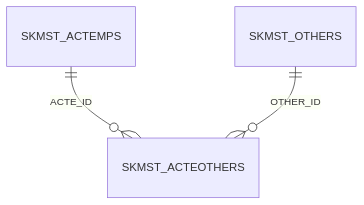
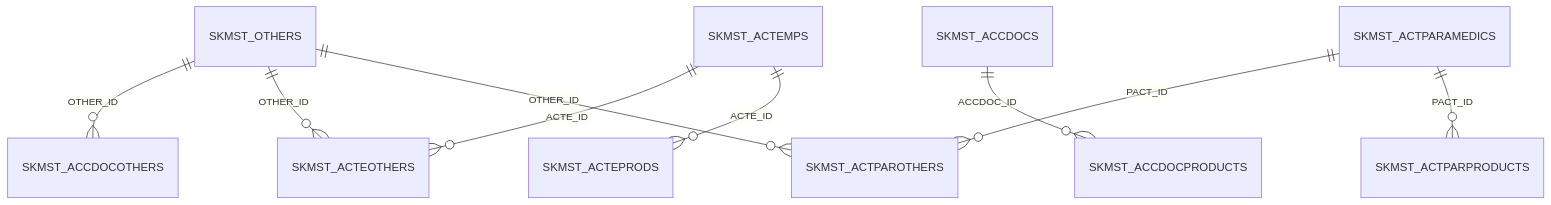
Before and after one commit to aturapi-data-tech/siklik-php82: the fourth of 11 diagrams in docs/struktur-tabel.md, drawn with Mermaid. The commit also changed other lines of this file and 10 other files, not shown here.

````diff
--- a/docs/struktur-tabel.md
+++ b/docs/struktur-tabel.md
@@ -396,5 +413,11 @@
 ```mermaid
 erDiagram
+    SKMST_OTHERS ||--o{ SKMST_ACCDOCOTHERS : "OTHER_ID"
+    SKMST_ACCDOCS ||--o{ SKMST_ACCDOCPRODUCTS : "ACCDOC_ID"
     SKMST_ACTEMPS ||--o{ SKMST_ACTEOTHERS : "ACTE_ID"
     SKMST_OTHERS ||--o{ SKMST_ACTEOTHERS : "OTHER_ID"
+    SKMST_ACTEMPS ||--o{ SKMST_ACTEPRODS : "ACTE_ID"
+    SKMST_OTHERS ||--o{ SKMST_ACTPAROTHERS : "OTHER_ID"
+    SKMST_ACTPARAMEDICS ||--o{ SKMST_ACTPAROTHERS : "PACT_ID"
+    SKMST_ACTPARAMEDICS ||--o{ SKMST_ACTPARPRODUCTS : "PACT_ID"
 ```
````
